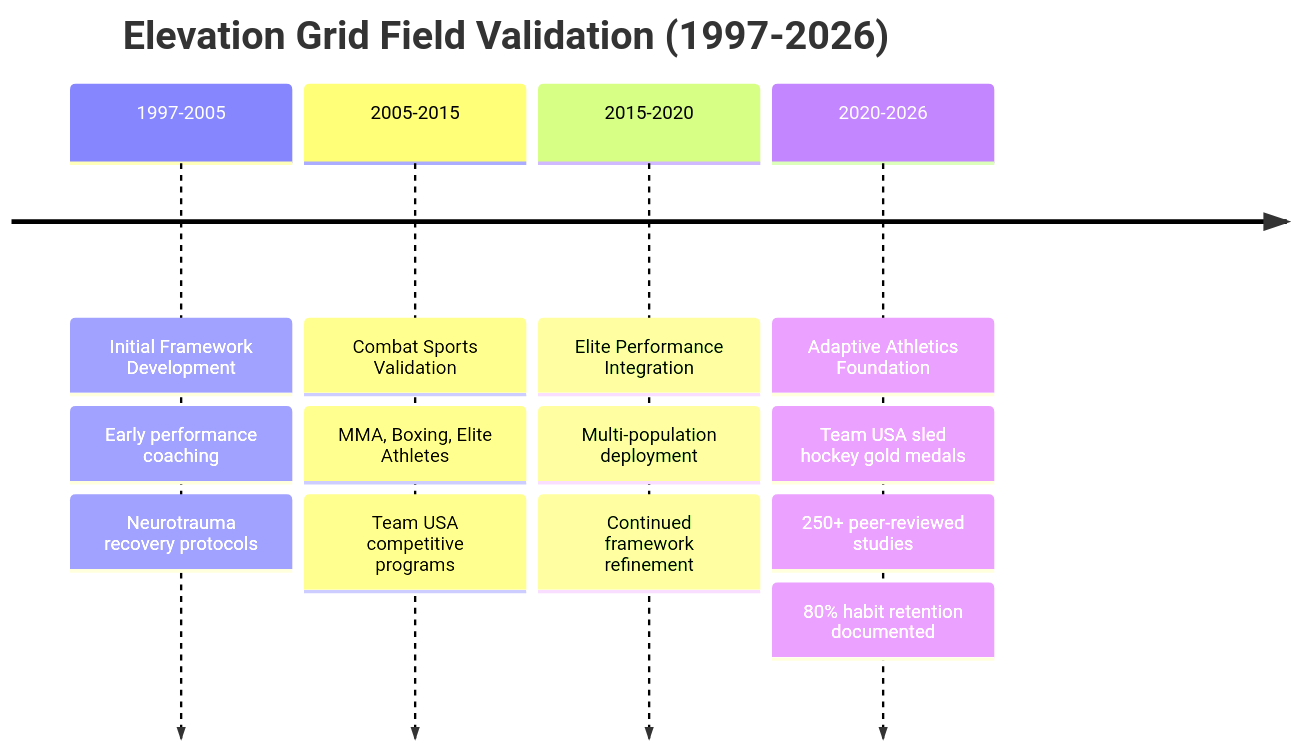
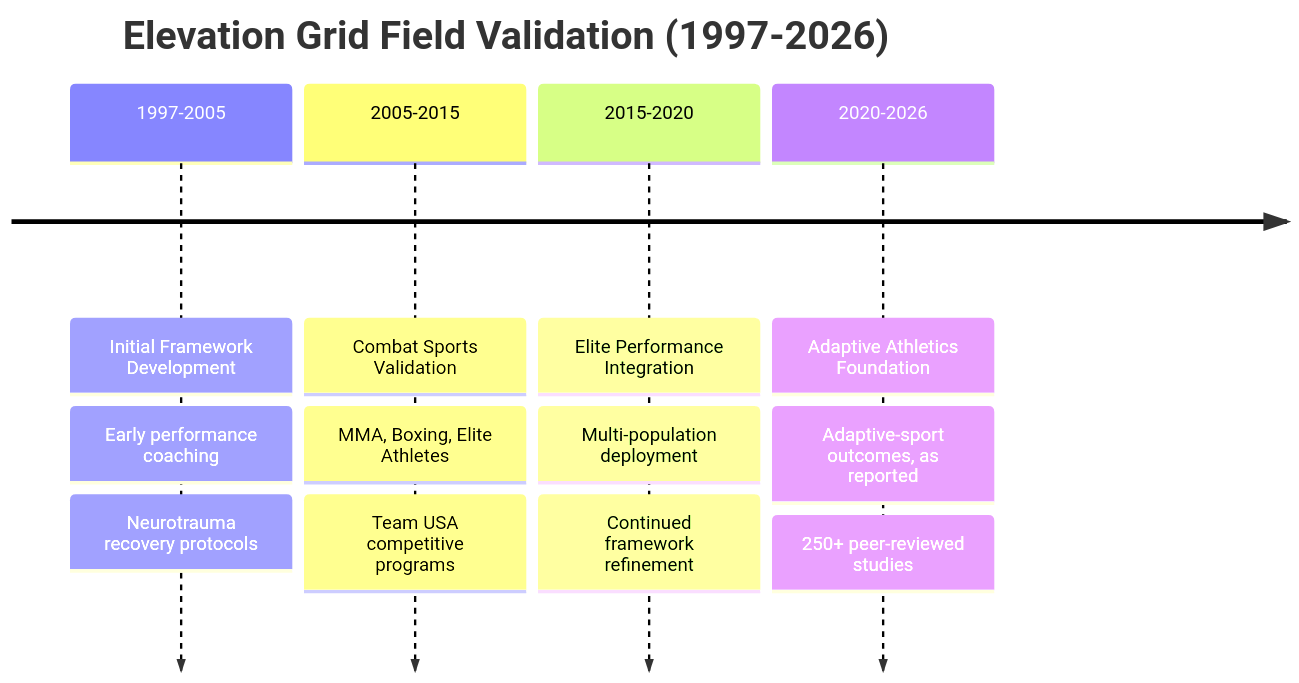
Before and after one commit to Feirbrand/synoeticos-public: the ninth of 10 diagrams in docs/elevation-grid/elevation-grid-visualizations.qmd, drawn with Mermaid. The commit also changed other lines of this file and 1 other file, not shown here.

````diff
--- a/docs/elevation-grid/elevation-grid-visualizations.qmd
+++ b/docs/elevation-grid/elevation-grid-visualizations.qmd
@@ -215,21 +192,20 @@
 ```{mermaid}
 timeline
     title Elevation Grid Field Validation (1997-2026)
     
     1997-2005 : Initial Framework Development
              : Early performance coaching
              : Neurotrauma recovery protocols
     
     2005-2015 : Combat Sports Validation
              : MMA, Boxing, Elite Athletes
              : Team USA competitive programs
     
     2015-2020 : Elite Performance Integration
              : Multi-population deployment
              : Continued framework refinement
     
     2020-2026 : Adaptive Athletics Foundation
-             : Team USA sled hockey gold medals
+             : Adaptive-sport outcomes, as reported
              : 250+ peer-reviewed studies
-             : 80% habit retention documented
 ```
````
